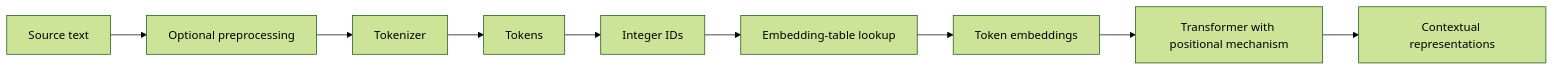
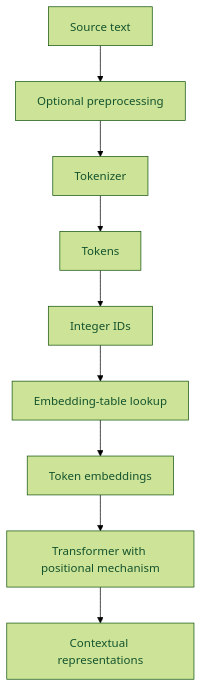
Before and after one commit to JM-Brun/llm-lab: the diagram in site/en/text-data.qmd, drawn with Mermaid (forest theme). The commit also changed other lines of this file and 2 other files, not shown here.

Commit message:
Fix bilingual text-to-token page rendering (#461)
* fix(site): restore readable text-data flow

* fix(site): improve pipeline label contrast

````diff
--- a/site/en/text-data.qmd
+++ b/site/en/text-data.qmd
@@ -58,11 +58,12 @@
 ```{mermaid}
-flowchart LR
+flowchart TB
     A["Source text"] --> B["Optional preprocessing"]
     B --> C["Tokenizer"]
     C --> D["Tokens"]
     D --> E["Integer IDs"]
     E --> F["Embedding-table lookup"]
     F --> G["Token embeddings"]
     G --> H["Transformer with positional mechanism"]
     H --> I["Contextual representations"]
+    classDef default color:#14532D;
 ```
````
